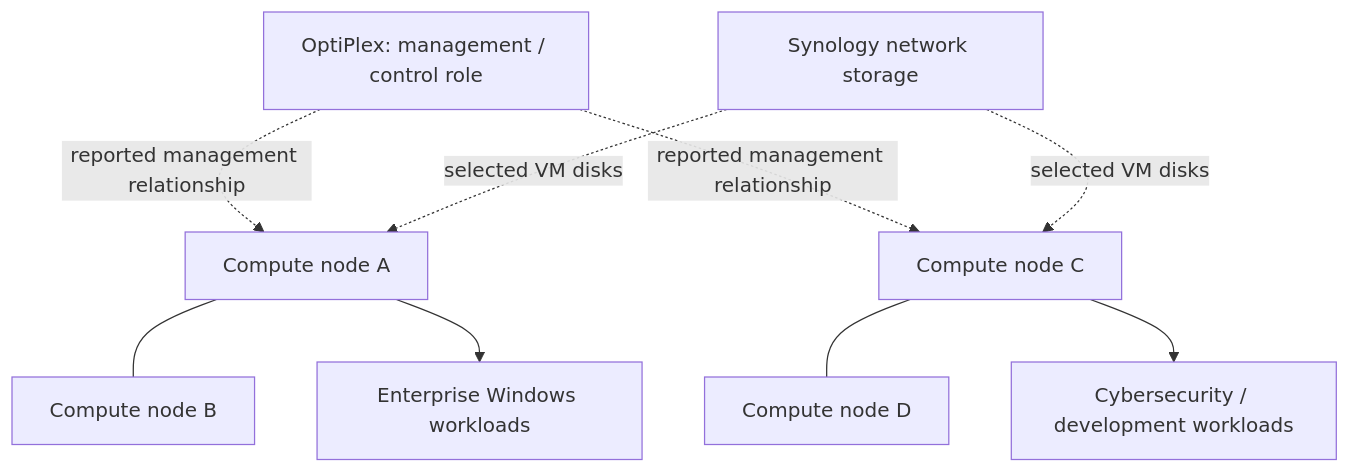
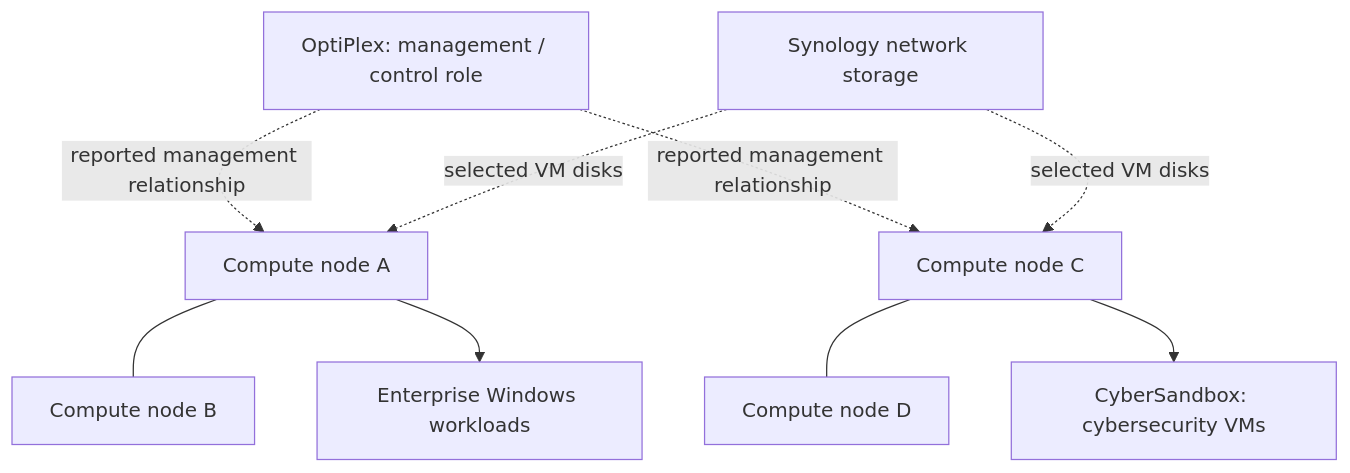
One commit to alecsarb25/homelab-infrastructure changed the diagram in docs/architecture.md. Above: the diagram before and after it, drawn with Mermaid. The commit also changed other lines of this file, not shown here.

Commit message:
docs: clarify CyberSandbox is Proxmox security VM environment

````diff
--- a/docs/architecture.md
+++ b/docs/architecture.md
@@ -47,12 +49,12 @@
 ```mermaid
 flowchart TB
     MGMT[OptiPlex: management / control role]
     A[Compute node A] --- B[Compute node B]
     C[Compute node C] --- D[Compute node D]
     MGMT -. reported management relationship .-> A
     MGMT -. reported management relationship .-> C
     A --> W[Enterprise Windows workloads]
-    C --> S[Cybersecurity / development workloads]
+    C --> S[CyberSandbox: cybersecurity VMs]
     N[Synology network storage] -. selected VM disks .-> A
     N -. selected VM disks .-> C
 ```
````
